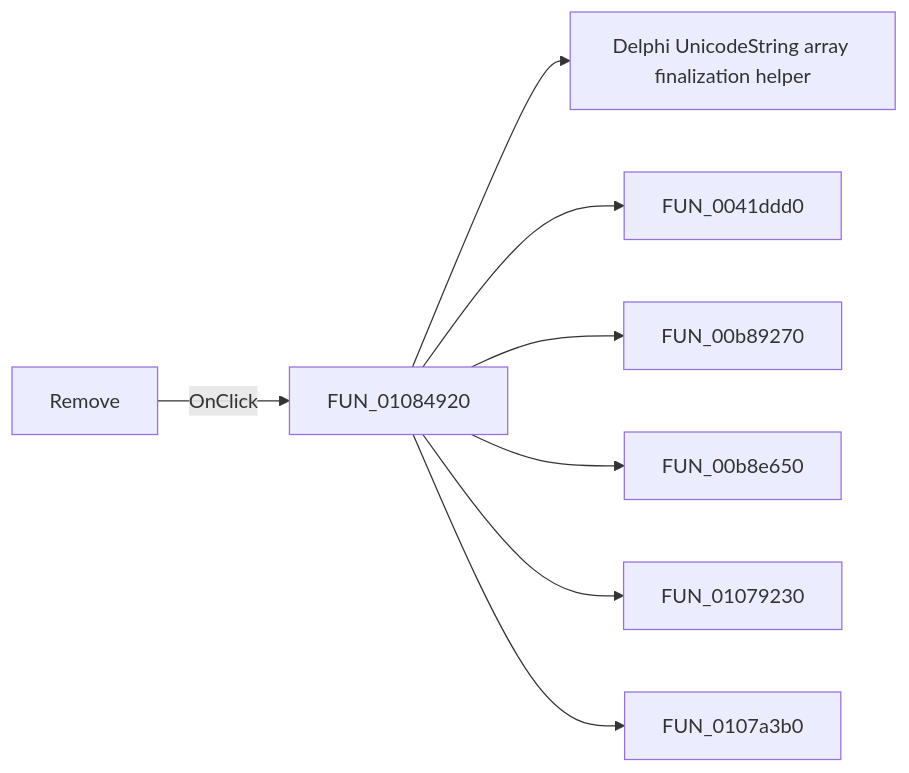
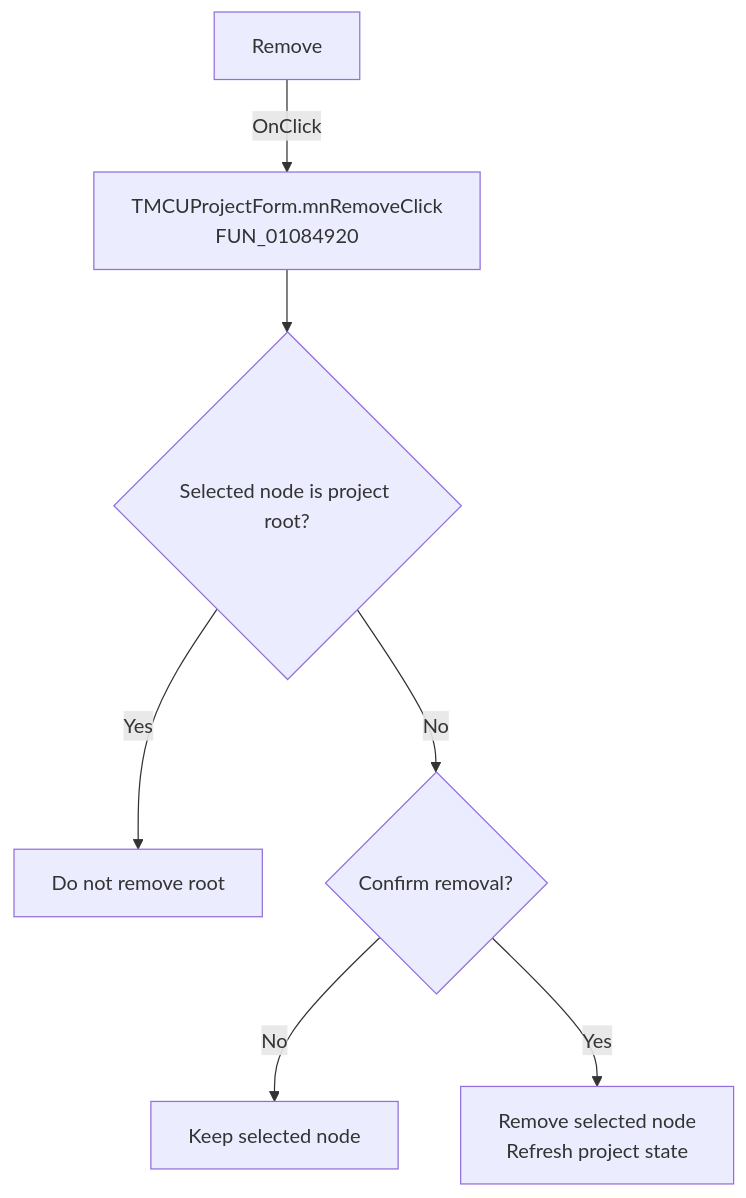
The diagram in docs/ui-controls/mcuprojectform/mnremove-b5c6b3f10b.md (MovGP0/TIARA), drawn with Mermaid before and after one commit. The commit also changed other lines of this file and 1062 other files, not shown here.

````diff
--- a/docs/ui-controls/mcuprojectform/mnremove-b5c6b3f10b.md
+++ b/docs/ui-controls/mcuprojectform/mnremove-b5c6b3f10b.md
@@ -27,10 +27,9 @@
 ```mermaid
-flowchart LR
-    control["Remove"] -->|OnClick| handler["FUN_01084920"]
-    handler --> call1["Delphi UnicodeString array finalization helper"]
-    handler --> call2["FUN_0041ddd0"]
-    handler --> call3["FUN_00b89270"]
-    handler --> call4["FUN_00b8e650"]
-    handler --> call5["FUN_01079230"]
-    handler --> call6["FUN_0107a3b0"]
+flowchart TD
+    control["Remove"] -->|OnClick| handler["TMCUProjectForm.mnRemoveClick<br/>FUN_01084920"]
+    handler --> root{"Selected node is project root?"}
+    root -->|Yes| noOp["Do not remove root"]
+    root -->|No| confirm{"Confirm removal?"}
+    confirm -->|No| keep["Keep selected node"]
+    confirm -->|Yes| remove["Remove selected node<br/>Refresh project state"]
 ```
````
